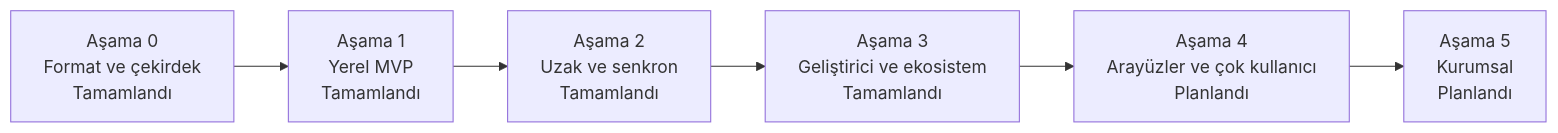
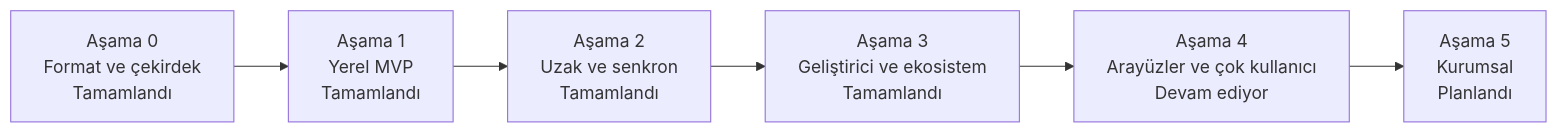
Before and after one commit to efe-clk/apeiron: the diagram in docs/ROADMAP.tr.md, drawn with Mermaid. The commit also changed other lines of this file and 24 other files, not shown here.

````diff
--- a/docs/ROADMAP.tr.md
+++ b/docs/ROADMAP.tr.md
@@ -11,10 +11,10 @@
 ```mermaid
 flowchart LR
     S0["Aşama 0<br/>Format ve çekirdek<br/>Tamamlandı"]
     S1["Aşama 1<br/>Yerel MVP<br/>Tamamlandı"]
     S2["Aşama 2<br/>Uzak ve senkron<br/>Tamamlandı"]
     S3["Aşama 3<br/>Geliştirici ve ekosistem<br/>Tamamlandı"]
-    S4["Aşama 4<br/>Arayüzler ve çok kullanıcı<br/>Planlandı"]
+    S4["Aşama 4<br/>Arayüzler ve çok kullanıcı<br/>Devam ediyor"]
     S5["Aşama 5<br/>Kurumsal<br/>Planlandı"]
     S0 --> S1 --> S2 --> S3 --> S4 --> S5
 ```
````
